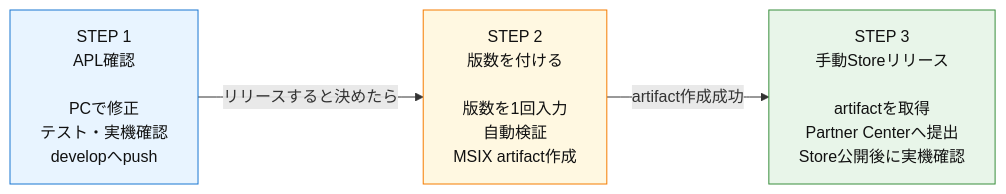
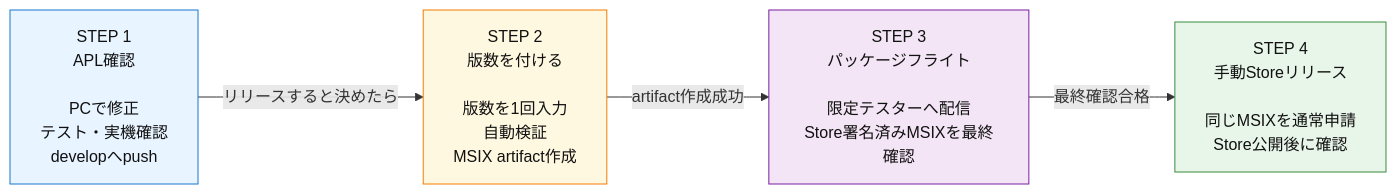
Before and after one commit to ore-no-fusen/ore-no-fusen: the diagram in docs/010_RELEASE.md, drawn with Mermaid. The commit also changed other lines of this file and 2 other files, not shown here.

````diff
--- a/docs/010_RELEASE.md
+++ b/docs/010_RELEASE.md
@@ -7,13 +7,16 @@
 ```mermaid
 flowchart LR
     A["STEP 1<br/>APL確認<br/><br/>PCで修正<br/>テスト・実機確認<br/>developへpush"]
     B["STEP 2<br/>版数を付ける<br/><br/>版数を1回入力<br/>自動検証<br/>MSIX artifact作成"]
-    C["STEP 3<br/>手動Storeリリース<br/><br/>artifactを取得<br/>Partner Centerへ提出<br/>Store公開後に実機確認"]
+    C["STEP 3<br/>パッケージフライト<br/><br/>限定テスターへ配信<br/>Store署名済みMSIXを最終確認"]
+    D["STEP 4<br/>手動Storeリリース<br/><br/>同じMSIXを通常申請<br/>Store公開後に確認"]
 
     A -->|リリースすると決めたら| B
     B -->|artifact作成成功| C
+    C -->|最終確認合格| D
 
     style A fill:#e8f4ff,stroke:#1976d2,color:#111
     style B fill:#fff8e1,stroke:#f57c00,color:#111
-    style C fill:#e8f5e9,stroke:#388e3c,color:#111
+    style C fill:#f3e5f5,stroke:#7b1fa2,color:#111
+    style D fill:#e8f5e9,stroke:#388e3c,color:#111
 ```
````
